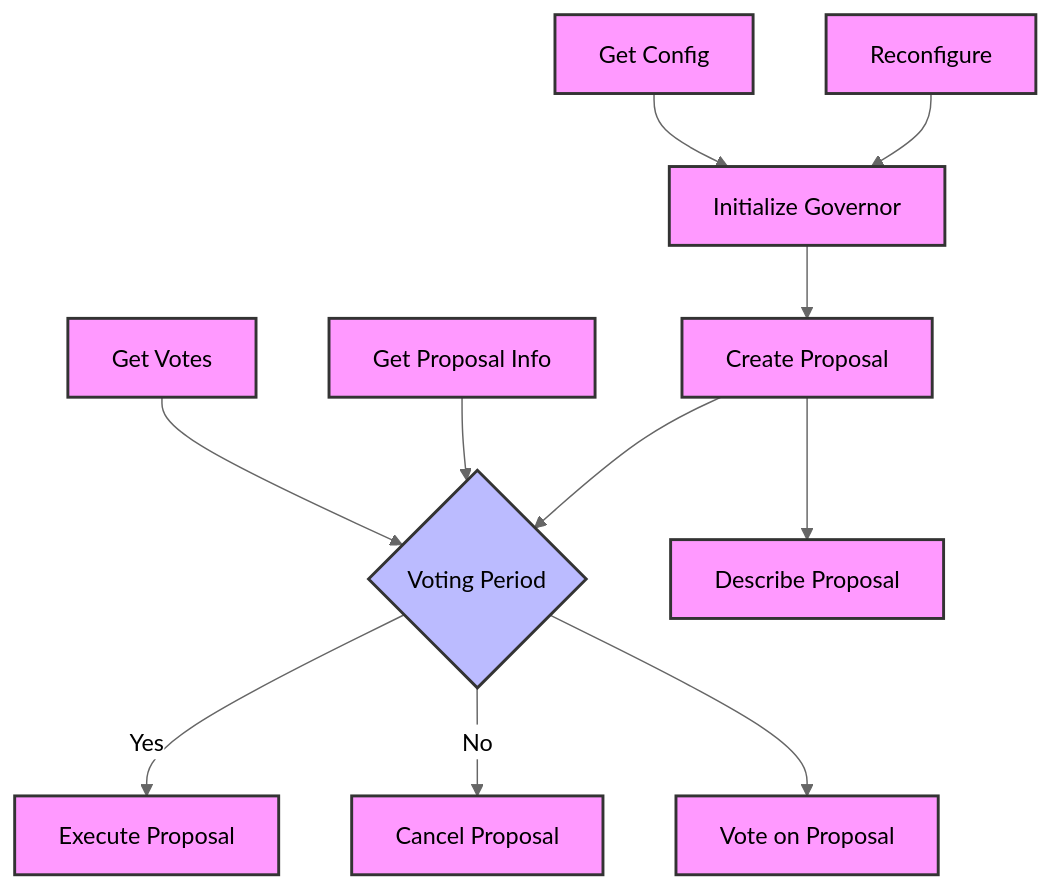
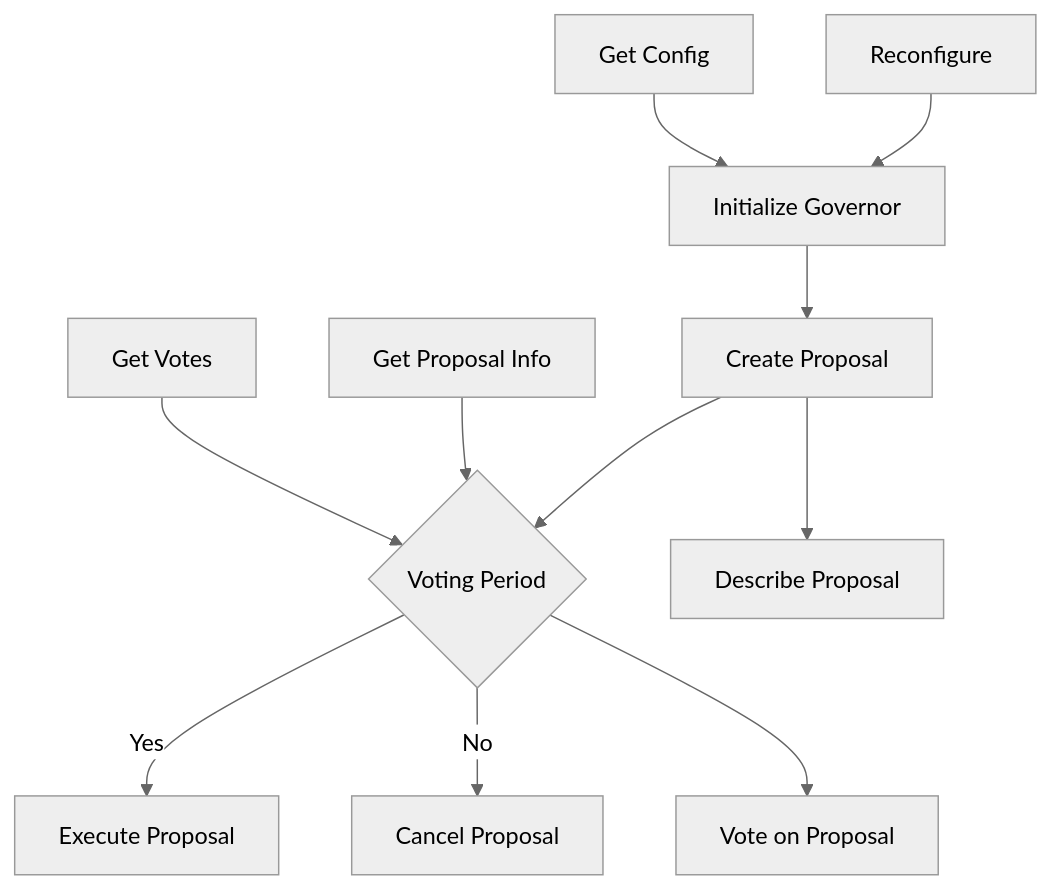
Before and after one commit to gnoswap-labs/governance: the diagram in governor/README.md, drawn with Mermaid (neutral theme).

Commit message:
fix: change governor flow chart color scheme (#15)

````diff
--- a/governor/README.md
+++ b/governor/README.md
@@ -5,18 +5,16 @@
 ```mermaid
 graph TD
     A[Initialize Governor] --> B[Create Proposal]
     B --> C{Voting Period}
     C --> |Yes| D[Execute Proposal]
     C --> |No| E[Cancel Proposal]
     B --> F[Describe Proposal]
     C --> G[Vote on Proposal]
     H[Reconfigure] --> A
     I[Get Proposal Info] --> C
     J[Get Config] --> A
     K[Get Votes] --> C
 
-    classDef process fill:#f9f,stroke:#333,stroke-width:2px;
-    classDef decision fill:#bbf,stroke:#333,stroke-width:2px;
     class A,B,D,E,F,G,H,I,J,K process;
     class C decision;
 ```
````
